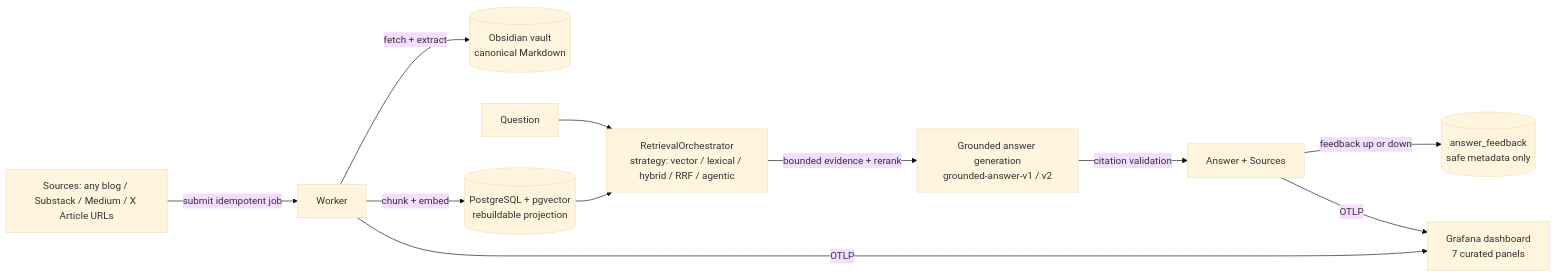
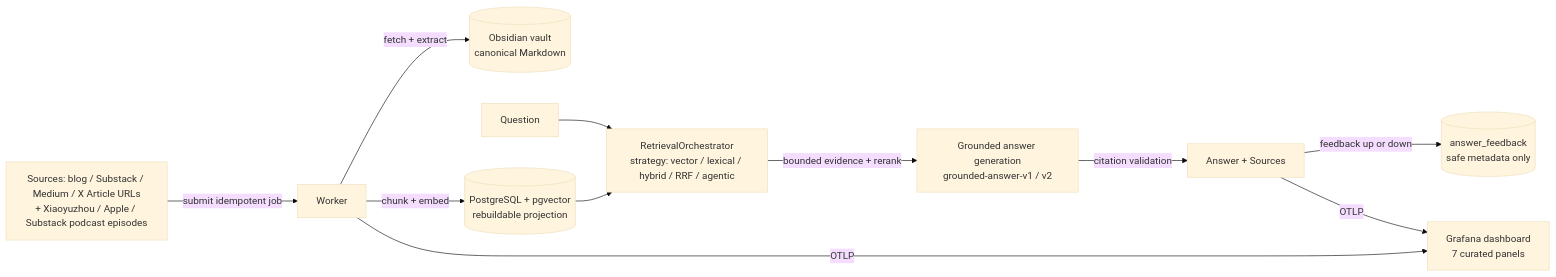
Before and after one commit to Xue-Zhiming-Bruce/knowledge-base-assistant-bot: the diagram in README.md, drawn with Mermaid (base theme). The commit also changed other lines of this file, not shown here.

First line of the commit message:
Document podcast ingestion in the README

````diff
--- a/README.md
+++ b/README.md
@@ -115,13 +159,13 @@
 ```mermaid
 flowchart LR
-    S["Sources: any blog / Substack / Medium / X Article URLs"] -->|submit idempotent job| W[Worker]
+    S["Sources: blog / Substack / Medium / X Article URLs<br/>+ Xiaoyuzhou / Apple / Substack podcast episodes"] -->|submit idempotent job| W[Worker]
     W -->|fetch + extract| V[(Obsidian vault<br/>canonical Markdown)]
     W -->|chunk + embed| P[(PostgreSQL + pgvector<br/>rebuildable projection)]
     Q[Question] --> R[RetrievalOrchestrator<br/>strategy: vector / lexical / hybrid / RRF / agentic]
     P --> R
     R -->|bounded evidence + rerank| A[Grounded answer generation<br/>grounded-answer-v1 / v2]
     A -->|citation validation| Out[Answer + Sources]
     Out -->|feedback up or down| FB[(answer_feedback<br/>safe metadata only)]
     Out -->|OTLP| G[Grafana dashboard<br/>7 curated panels]
     W -->|OTLP| G
 ```
````
